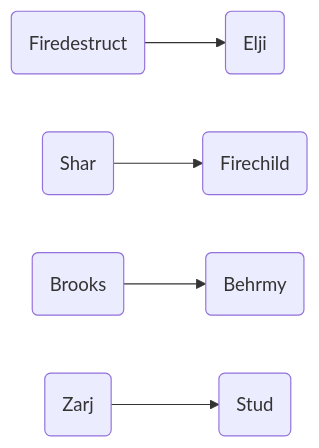
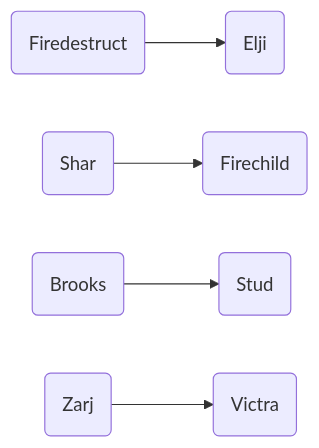
The sixth of 10 diagrams in wepulled/swp/README.md (leemWF/READMEVault), drawn with Mermaid before and after one commit. The commit also changed other lines of this file, not shown here.

````diff
--- a/wepulled/swp/README.md
+++ b/wepulled/swp/README.md
@@ -138,7 +158,7 @@
 ```mermaid
 flowchart LR
     A(Firedestruct) --> B(Elji)
     C(Shar) --> D(Firechild)
-    E(Brooks) --> F(Behrmy)
-    G(Zarj) --> H(Stud)
+    E(Brooks) --> F(Stud)
+    G(Zarj) --> H(Victra)
 ```
````
